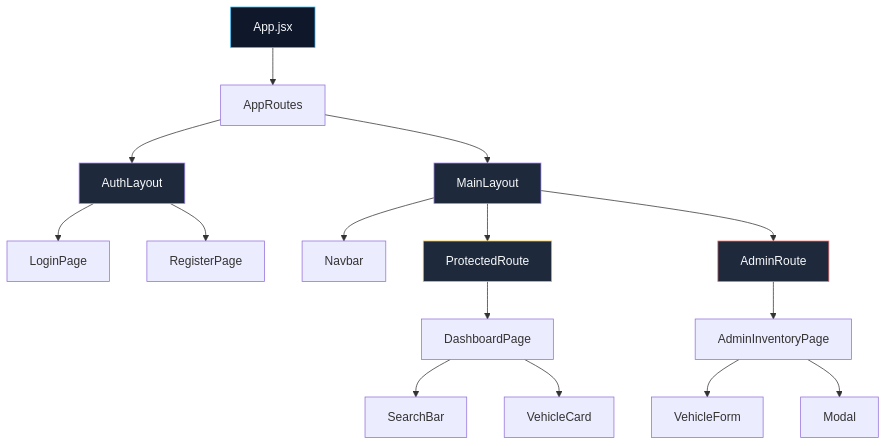
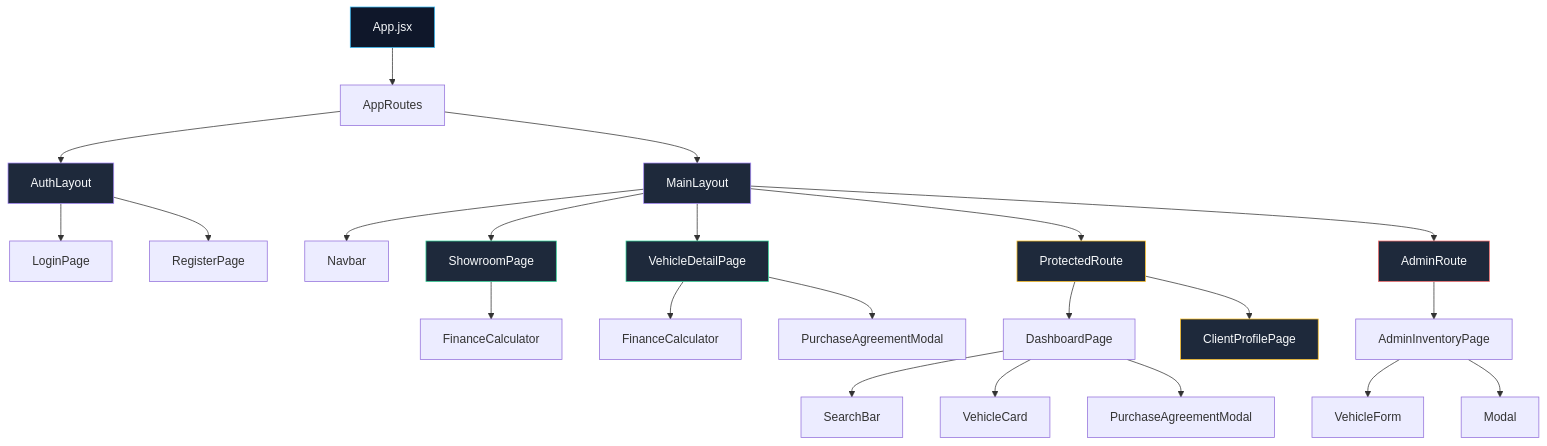
Before and after one commit to henil-suchak/car-dealership-inventory-system: the eighth of 12 diagrams in docs/ARCHITECTURE.md, drawn with Mermaid. The commit also changed other lines of this file and 4 other files, not shown here.

Commit message:
docs: update all documentation with Finance Calculator and new Showroom features

````diff
--- a/docs/ARCHITECTURE.md
+++ b/docs/ARCHITECTURE.md
@@ -458,30 +459,41 @@
 ```mermaid
 flowchart TB
     App["App.jsx"]
     App --> AppRoutes["AppRoutes"]
 
     AppRoutes --> AuthLayout["AuthLayout"]
     AppRoutes --> MainLayout["MainLayout"]
 
     AuthLayout --> LoginPage["LoginPage"]
     AuthLayout --> RegisterPage["RegisterPage"]
 
     MainLayout --> Navbar["Navbar"]
+    MainLayout --> ShowroomPage["ShowroomPage"]
+    MainLayout --> VehicleDetailPage["VehicleDetailPage"]
     MainLayout --> ProtectedRoute["ProtectedRoute"]
     MainLayout --> AdminRoute["AdminRoute"]
 
+    ShowroomPage --> FinanceCalculator["FinanceCalculator"]
+    VehicleDetailPage --> FinanceCalc2["FinanceCalculator"]
+    VehicleDetailPage --> PurchaseAgreementModal["PurchaseAgreementModal"]
+
     ProtectedRoute --> DashboardPage["DashboardPage"]
+    ProtectedRoute --> ClientProfilePage["ClientProfilePage"]
     AdminRoute --> AdminInventoryPage["AdminInventoryPage"]
 
     DashboardPage --> SearchBar["SearchBar"]
     DashboardPage --> VehicleCard["VehicleCard"]
+    DashboardPage --> PAM2["PurchaseAgreementModal"]
 
     AdminInventoryPage --> VehicleForm["VehicleForm"]
     AdminInventoryPage --> Modal["Modal"]
 
     style App fill:#0f172a,stroke:#38bdf8,color:#f8fafc
     style AuthLayout fill:#1e293b,stroke:#a78bfa,color:#f8fafc
     style MainLayout fill:#1e293b,stroke:#a78bfa,color:#f8fafc
     style ProtectedRoute fill:#1e293b,stroke:#fbbf24,color:#f8fafc
     style AdminRoute fill:#1e293b,stroke:#f87171,color:#f8fafc
+    style ShowroomPage fill:#1e293b,stroke:#34d399,color:#f8fafc
+    style VehicleDetailPage fill:#1e293b,stroke:#34d399,color:#f8fafc
+    style ClientProfilePage fill:#1e293b,stroke:#fbbf24,color:#f8fafc
 ```
````
